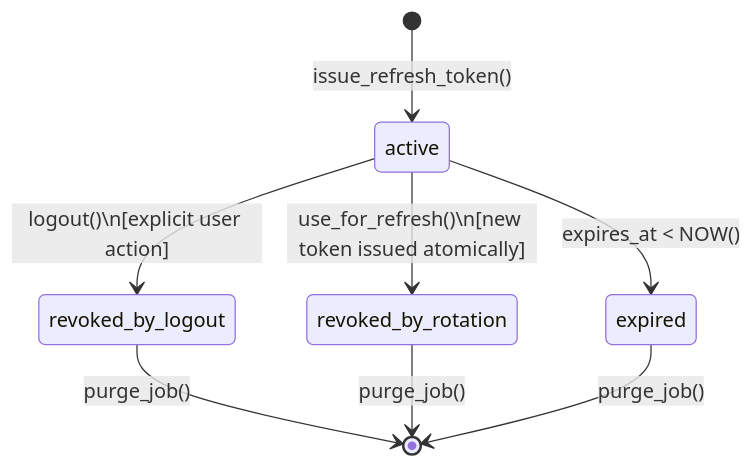
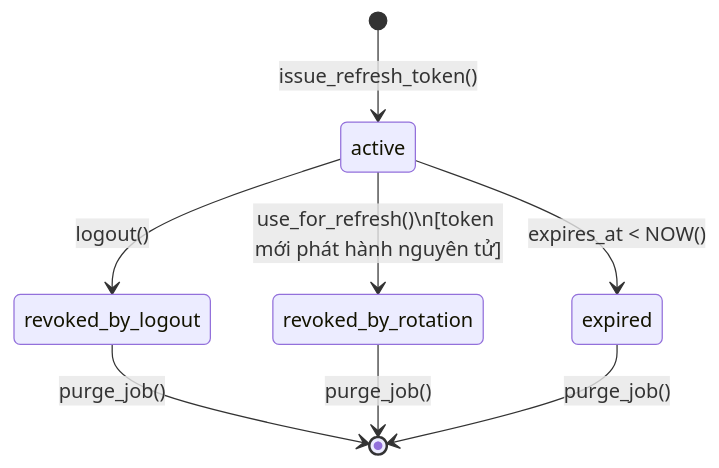
One commit to quangtanfet-commits/weup-career changed the sixth of 9 diagrams in docs/architecture/state-diagrams.md. Above: the diagram before and after it, drawn with Mermaid. The commit also changed other lines of this file and 39 other files, not shown here.

````diff
--- a/docs/architecture/state-diagrams.md
+++ b/docs/architecture/state-diagrams.md
@@ -78,12 +133,10 @@
 ```mermaid
 stateDiagram-v2
     [*] --> active : issue_refresh_token()
-
-    active --> revoked_by_logout : logout()\n[explicit user action]
-    active --> revoked_by_rotation : use_for_refresh()\n[new token issued atomically]
+    active --> revoked_by_logout : logout()
+    active --> revoked_by_rotation : use_for_refresh()\n[token mới phát hành nguyên tử]
     active --> expired : expires_at < NOW()
-
     revoked_by_logout --> [*] : purge_job()
     revoked_by_rotation --> [*] : purge_job()
     expired --> [*] : purge_job()
 ```
````
